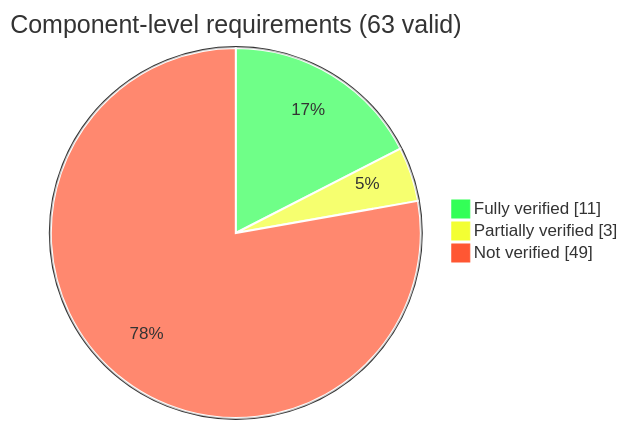
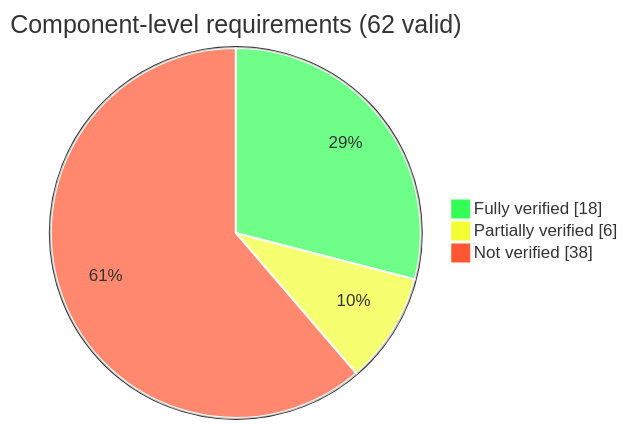
The second of 2 diagrams in tests/integration/integration_test_coverage.md (etas-contrib/score_lifecycle), drawn with Mermaid before and after one commit. The commit also changed other lines of this file, not shown here.

````diff
--- a/tests/integration/integration_test_coverage.md
+++ b/tests/integration/integration_test_coverage.md
@@ -95,16 +98,16 @@
 ```mermaid
 %%{init: {
   'theme': 'base',
   'themeVariables': {
     'pie1': '#33FF57',
     'pie2': '#F3FF33',
     'pie3': '#FF5733',
     'pieStrokeColor': '#ffffff',
     'pieOuterStrokeColor': '#333333'
   }
 }}%%
-pie showData title Component-level requirements (63 valid)
-    "Fully verified" : 11
-    "Partially verified" : 3
-    "Not verified" : 49
+pie showData title Component-level requirements (62 valid)
+    "Fully verified" : 18
+    "Partially verified" : 6
+    "Not verified" : 38
 ```
````
